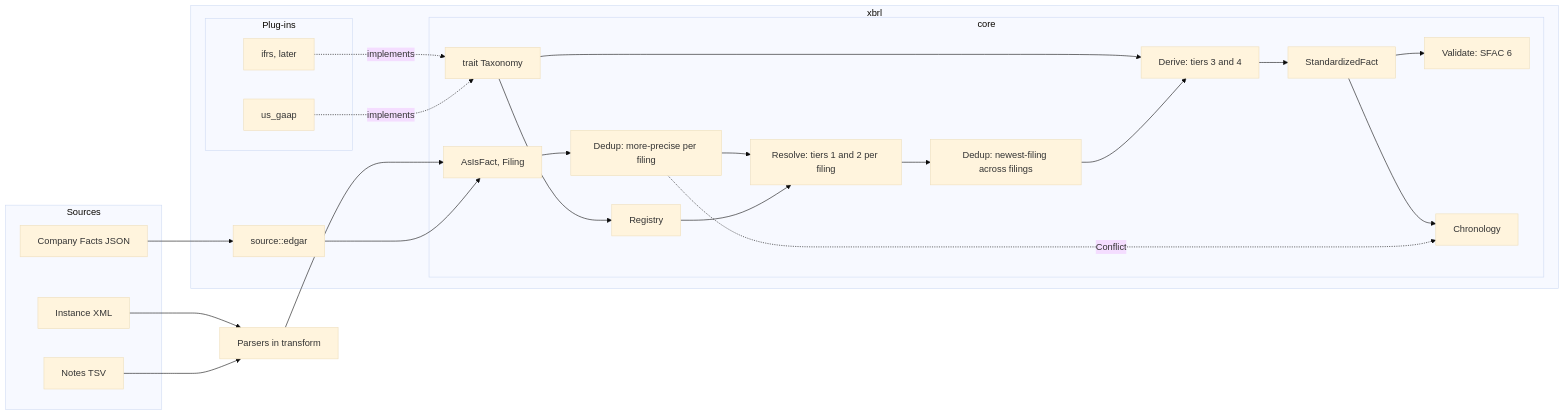
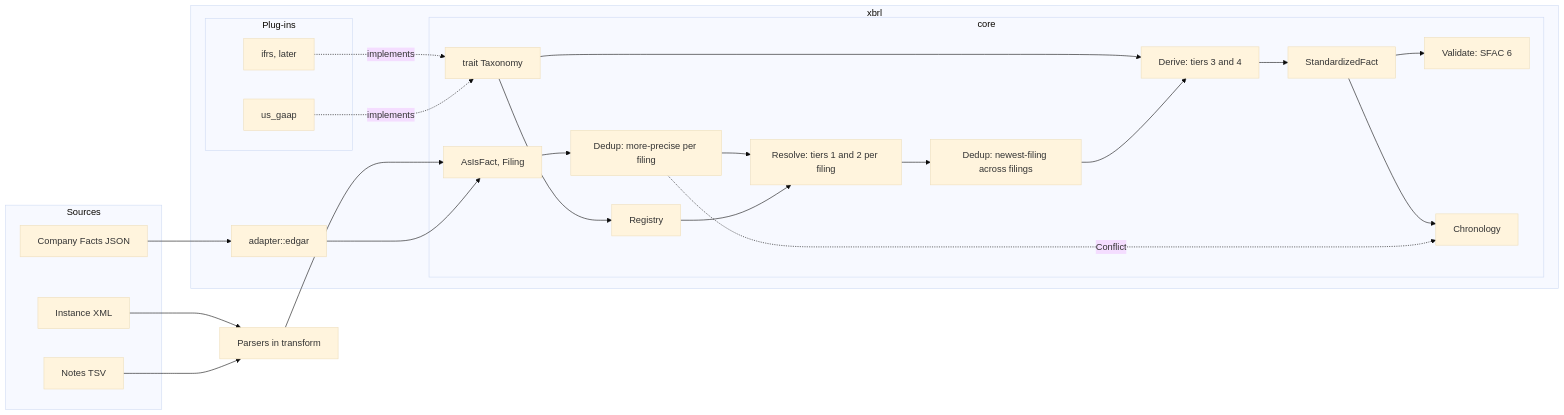
Before and after one commit to ironcapitaleu/arkad: the first of 2 diagrams in xbrl/DESIGN.md, drawn with Mermaid (base theme). The commit also changed other lines of this file and 9 other files, not shown here.

First line of the commit message:
refactor(xbrl): move source/edgar to adapter/edgar

````diff
--- a/xbrl/DESIGN.md
+++ b/xbrl/DESIGN.md
@@ -69,38 +69,38 @@
 ```mermaid
 flowchart LR
   subgraph Sources
     N[Notes TSV]
     I[Instance XML]
     J[Company Facts JSON]
   end
   subgraph xbrl
     subgraph core
       A[AsIsFact, Filing]
       T[trait Taxonomy]
       R[Registry]
       D1[Dedup: more-precise per filing]
       RES[Resolve: tiers 1 and 2 per filing]
       D2[Dedup: newest-filing across filings]
       DER[Derive: tiers 3 and 4]
       V[Validate: SFAC 6]
       C[Chronology]
       S[StandardizedFact]
     end
     subgraph plugins[Plug-ins]
       U[us_gaap]
       F[ifrs, later]
     end
-    SA[source::edgar]
+    SA[adapter::edgar]
   end
   J --> SA --> A
   N --> P[Parsers in transform] --> A
   I --> P
   U -. implements .-> T
   F -. implements .-> T
   T --> R --> RES
   A --> D1 --> RES --> D2 --> DER --> S
   D1 -. Conflict .-> C
   T --> DER
   S --> V
   S --> C
 ```
````
